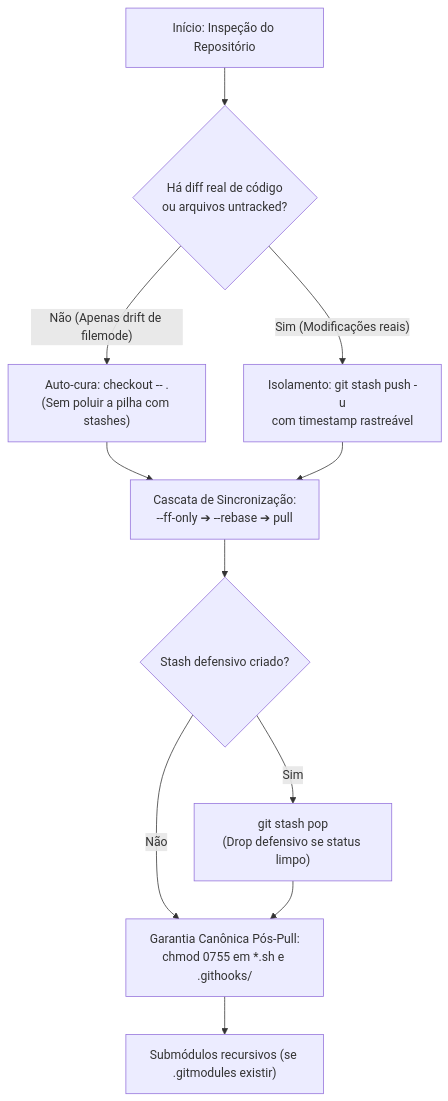
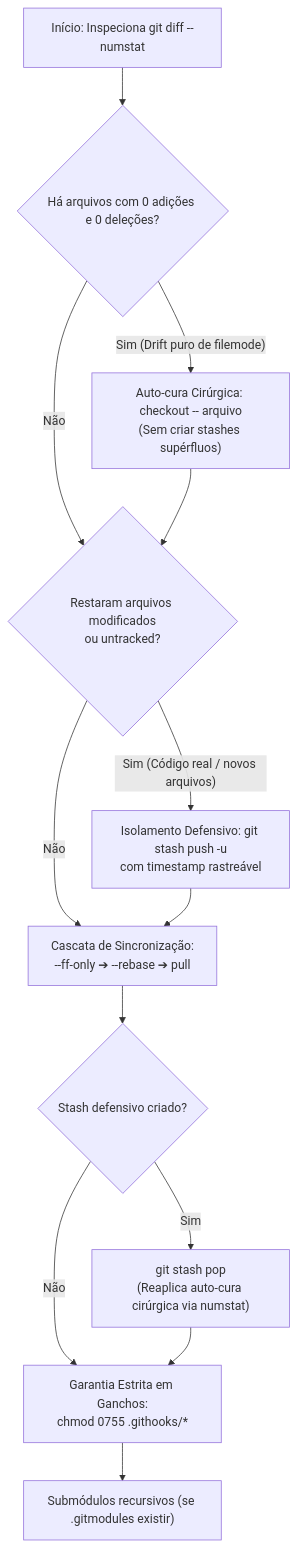
One commit to GabrielFrigo4/profile changed the second of 2 diagrams in skills/vcs-git-got/SKILL.md. Above: the diagram before and after it, drawn with Mermaid. The commit also changed other lines of this file and 4 other files, not shown here.

Commit message:
refactor(sync): surgical numstat auto-healing and normalize install.sh mode

````diff
--- a/skills/vcs-git-got/SKILL.md
+++ b/skills/vcs-git-got/SKILL.md
@@ -146,13 +146,15 @@
 ```mermaid
 flowchart TD
-    A["Início: Inspeção do Repositório"] --> B{"Há diff real de código<br/>ou arquivos untracked?"}
-    B -- "Não (Apenas drift de filemode)" --> C["Auto-cura: checkout -- .<br/>(Sem poluir a pilha com stashes)"]
-    B -- "Sim (Modificações reais)" --> D["Isolamento: git stash push -u<br/>com timestamp rastreável"]
-    C --> E["Cascata de Sincronização:<br/>--ff-only ➔ --rebase ➔ pull"]
-    D --> E
-    E --> F{"Stash defensivo criado?"}
-    F -- "Sim" --> G["git stash pop<br/>(Drop defensivo se status limpo)"]
-    F -- "Não" --> H["Garantia Canônica Pós-Pull:<br/>chmod 0755 em *.sh e .githooks/"]
-    G --> H
-    H --> I["Submódulos recursivos (se .gitmodules existir)"]
+    A["Início: Inspeciona git diff --numstat"] --> B{"Há arquivos com 0 adições e 0 deleções?"}
+    B -- "Sim (Drift puro de filemode)" --> C["Auto-cura Cirúrgica: checkout -- arquivo<br/>(Sem criar stashes supérfluos)"]
+    B -- "Não" --> D{"Restaram arquivos modificados<br/>ou untracked?"}
+    C --> D
+    D -- "Sim (Código real / novos arquivos)" --> E["Isolamento Defensivo: git stash push -u<br/>com timestamp rastreável"]
+    D -- "Não" --> F["Cascata de Sincronização:<br/>--ff-only ➔ --rebase ➔ pull"]
+    E --> F
+    F --> G{"Stash defensivo criado?"}
+    G -- "Sim" --> H["git stash pop<br/>(Reaplica auto-cura cirúrgica via numstat)"]
+    G -- "Não" --> I["Garantia Estrita em Ganchos:<br/>chmod 0755 .githooks/*"]
+    H --> I
+    I --> J["Submódulos recursivos (se .gitmodules existir)"]
 ```
````
